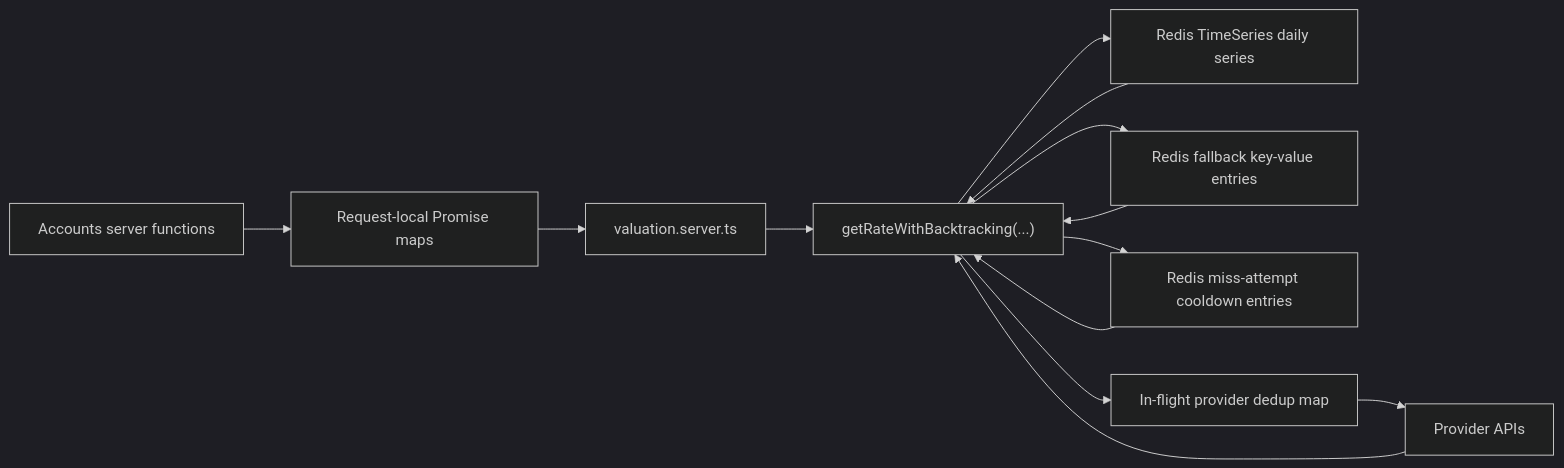
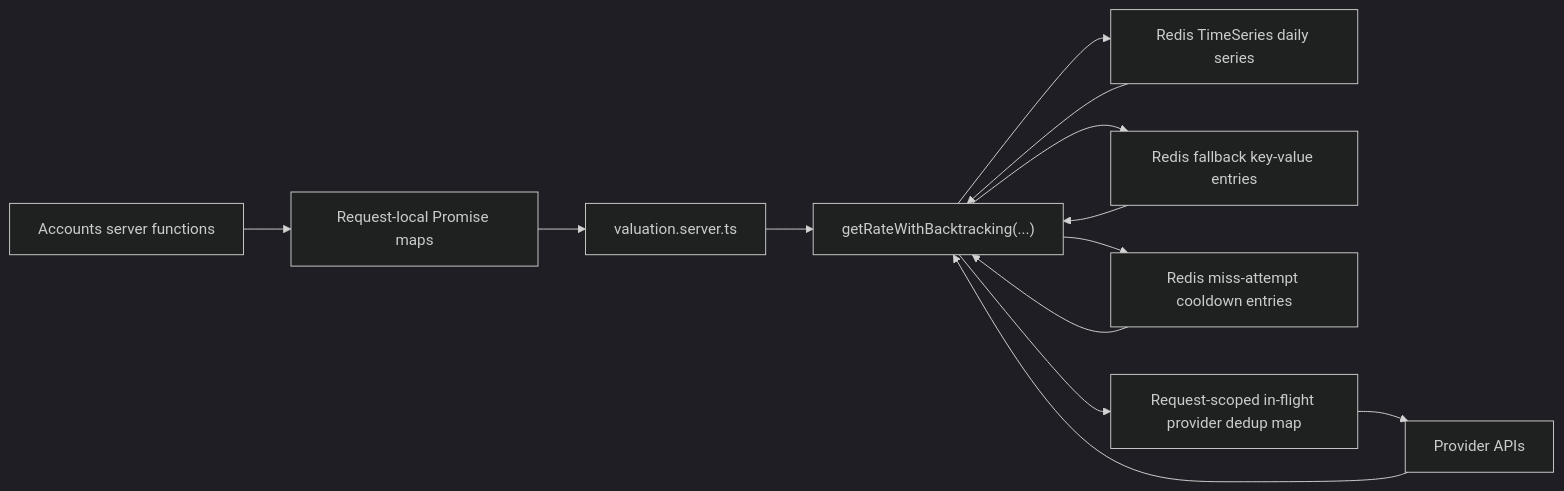
Before and after one commit to fxmkdev/cashfolio2: the first of 3 diagrams in apps/cashfolio-app2/docs/valuation-caching.md, drawn with Mermaid (dark theme). The commit also changed other lines of this file and 15 other files, not shown here.

Commit message:
fix(cashfolio-app2): isolate in-flight valuation work by request

````diff
--- a/apps/cashfolio-app2/docs/valuation-caching.md
+++ b/apps/cashfolio-app2/docs/valuation-caching.md
@@ -53,15 +53,15 @@
 ```mermaid
 flowchart LR
   A["Accounts server functions"] --> B["Request-local Promise maps"]
   B --> C["valuation.server.ts"]
   C --> D["getRateWithBacktracking(...)"]
   D --> E["Redis TimeSeries daily series"]
   D --> F["Redis fallback key-value entries"]
   D --> H["Redis miss-attempt cooldown entries"]
-  D --> I["In-flight provider dedup map"]
+  D --> I["Request-scoped in-flight provider dedup map"]
   I --> G["Provider APIs"]
   G --> D
   E --> D
   F --> D
   H --> D
 ```
````
